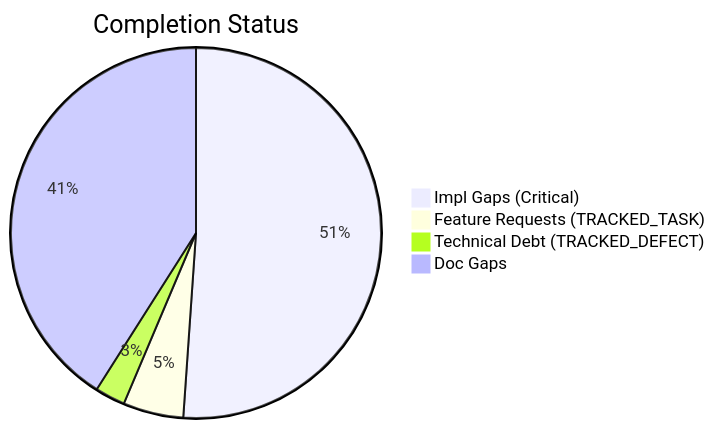
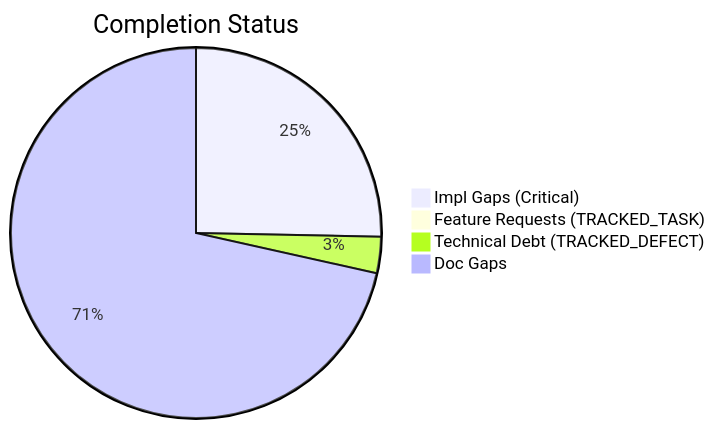
Before and after one commit to D-sorganization/Golf_Modeling_Suite: the first of 2 diagrams in docs/assessments/completist/COMPLETIST_LATEST.md, drawn with Mermaid. The commit also changed other lines of this file and 1396 other files, not shown here.

````diff
--- a/docs/assessments/completist/COMPLETIST_LATEST.md
+++ b/docs/assessments/completist/COMPLETIST_LATEST.md
@@ -11,7 +11,7 @@
 ```mermaid
 pie title Completion Status
-    "Impl Gaps (Critical)" : 349
-    "Feature Requests (TRACKED_TASK)" : 36
-    "Technical Debt (TRACKED_DEFECT)" : 18
-    "Doc Gaps" : 280
+    "Impl Gaps (Critical)" : 216
+    "Feature Requests (TRACKED_TASK)" : 1
+    "Technical Debt (TRACKED_DEFECT)" : 27
+    "Doc Gaps" : 610
 ```
````
